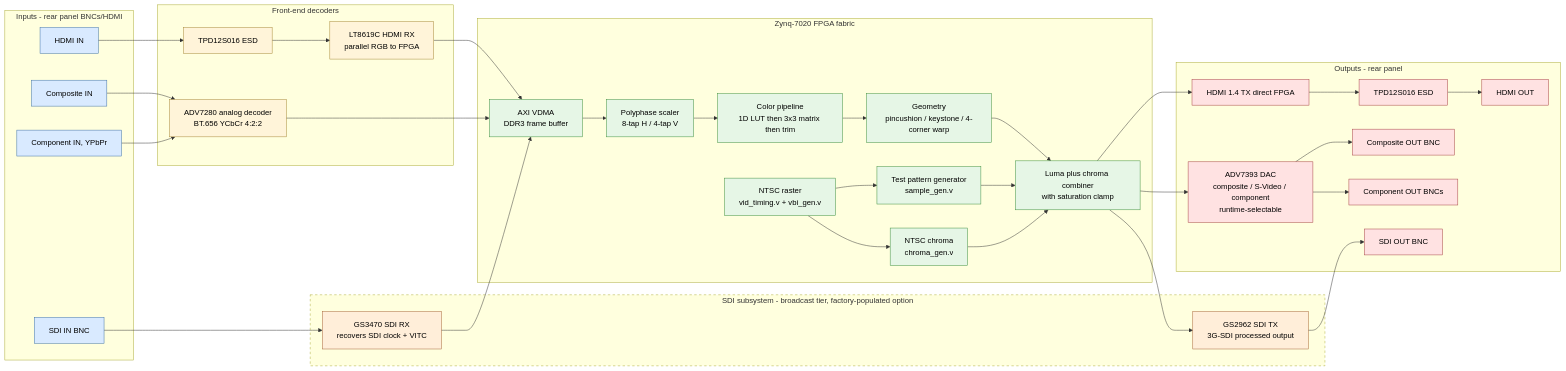
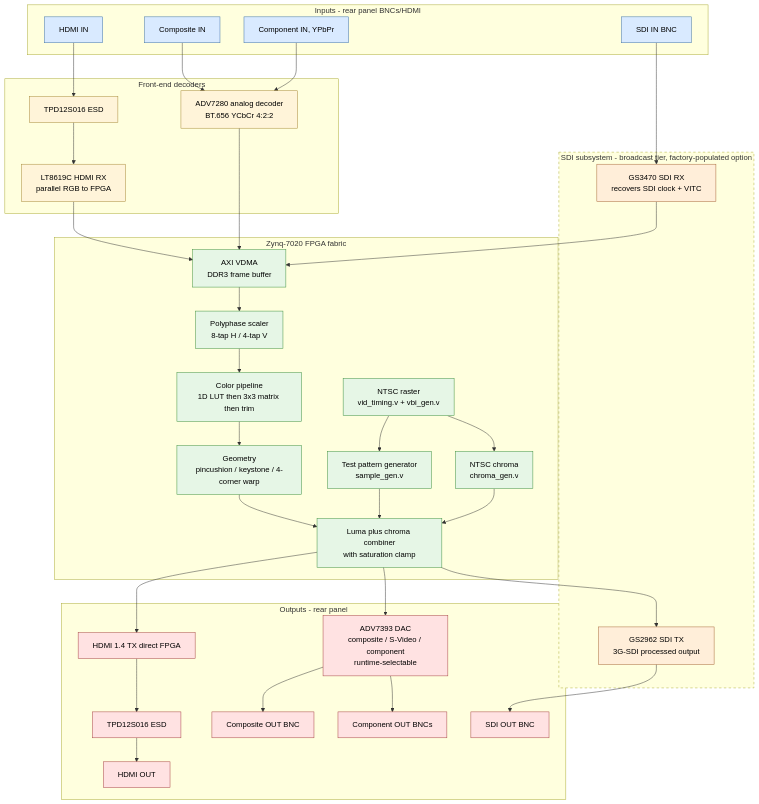
One commit to ibkickinit/schindler-clone changed the first of 3 diagrams in docs/signal-flow.md. Above: the diagram before and after it, drawn with Mermaid. The commit also changed other lines of this file, not shown here.

Commit message:
Signal flow diagrams 1+2: switch to TB (portrait) orientation
Diagrams 1 (video signal path) and 2 (sync/genlock subsystem) re-
oriented from flowchart LR to flowchart TB. Per Justin's request:
diagrams render better in portrait when viewed on phones or narrow
panes, since the GitHub markdown view doesn't scroll horizontally.

No content changes — same subgraphs, same nodes, same wiring. Only
the top-of-block orientation directive changed (LR -> TB) on both.
Mermaid layout engine reflows automatically.

Diagram 3 (control plane) already used flowchart TB and is unchanged.

````diff
--- a/docs/signal-flow.md
+++ b/docs/signal-flow.md
@@ -19,66 +19,66 @@
 ```mermaid
-flowchart LR
+flowchart TB
     classDef in fill:#d9eaff,stroke:#3a6ea5,color:#000
     classDef decode fill:#fff4d9,stroke:#a58634,color:#000
     classDef sdi fill:#ffeed9,stroke:#a56234,color:#000
     classDef fpga fill:#e6f6e6,stroke:#3a8e3a,color:#000
     classDef out fill:#ffe2e2,stroke:#a54040,color:#000
 
     subgraph IN[Inputs - rear panel BNCs/HDMI]
         HDMI_IN[HDMI IN]:::in
         SDI_IN[SDI IN BNC]:::in
         CVBS_IN[Composite IN]:::in
         YPBPR_IN[Component IN, YPbPr]:::in
     end
 
     subgraph DECODE[Front-end decoders]
         TPD_IN[TPD12S016 ESD]:::decode
         LT8619C[LT8619C HDMI RX<br/>parallel RGB to FPGA]:::decode
         ADV7280[ADV7280 analog decoder<br/>BT.656 YCbCr 4:2:2]:::decode
     end
 
     subgraph SDI_SUB[SDI subsystem - broadcast tier, factory-populated option]
         GS3470[GS3470 SDI RX<br/>recovers SDI clock + VITC]:::sdi
         GS2962[GS2962 SDI TX<br/>3G-SDI processed output]:::sdi
     end
 
     subgraph FPGA[Zynq-7020 FPGA fabric]
         VDMA[AXI VDMA<br/>DDR3 frame buffer]:::fpga
         SCALE[Polyphase scaler<br/>8-tap H / 4-tap V]:::fpga
         COLOR[Color pipeline<br/>1D LUT then 3x3 matrix then trim]:::fpga
         GEOM[Geometry<br/>pincushion / keystone / 4-corner warp]:::fpga
         TPG[Test pattern generator<br/>sample_gen.v]:::fpga
         TIMING[NTSC raster<br/>vid_timing.v + vbi_gen.v]:::fpga
         CHROMA[NTSC chroma<br/>chroma_gen.v]:::fpga
         MIX[Luma plus chroma combiner<br/>with saturation clamp]:::fpga
     end
 
     subgraph OUT[Outputs - rear panel]
         ADV7393[ADV7393 DAC<br/>composite / S-Video / component<br/>runtime-selectable]:::out
         HDMI_TX[HDMI 1.4 TX direct FPGA]:::out
         TPD_OUT[TPD12S016 ESD]:::out
         CVBS_OUT[Composite OUT BNC]:::out
         YPBPR_OUT[Component OUT BNCs]:::out
         SDI_OUT[SDI OUT BNC]:::out
         HDMI_OUT[HDMI OUT]:::out
     end
 
     HDMI_IN --> TPD_IN --> LT8619C --> VDMA
     SDI_IN --> GS3470 --> VDMA
     CVBS_IN --> ADV7280
     YPBPR_IN --> ADV7280 --> VDMA
 
     VDMA --> SCALE --> COLOR --> GEOM --> MIX
     TPG --> MIX
     CHROMA --> MIX
     TIMING --> TPG
     TIMING --> CHROMA
 
     MIX --> ADV7393
     ADV7393 --> CVBS_OUT
     ADV7393 --> YPBPR_OUT
     MIX --> GS2962 --> SDI_OUT
     MIX --> HDMI_TX --> TPD_OUT --> HDMI_OUT
 
     style SDI_SUB stroke-dasharray: 5 5
 ```
````
